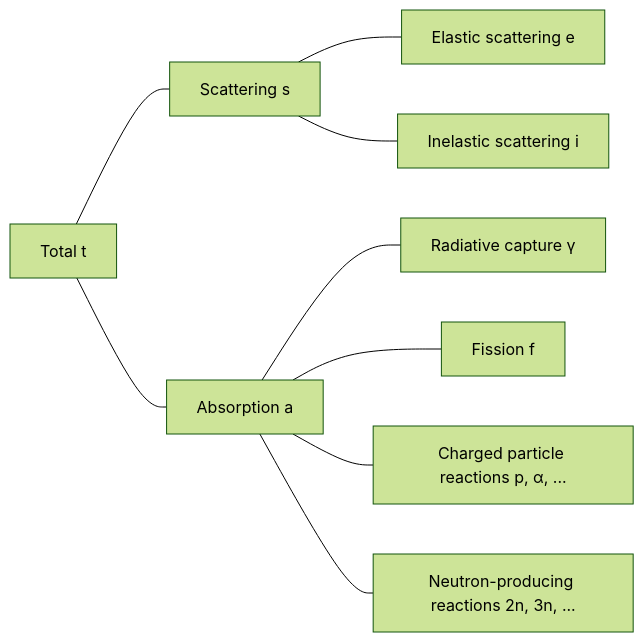
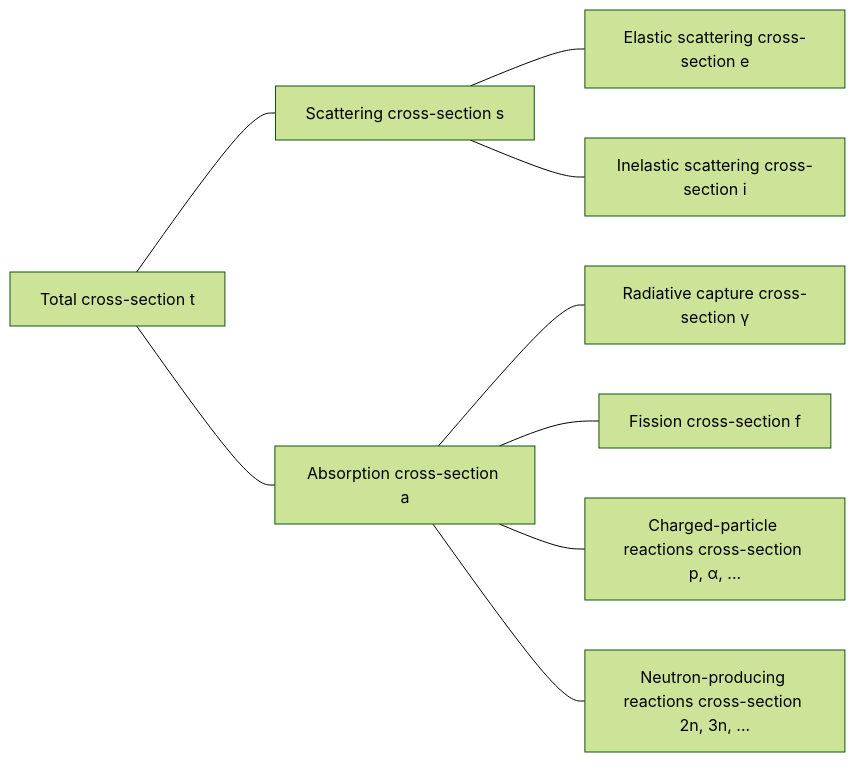
One commit to yunseo-kim/yunseo-kim.github.io changed the diagram in _posts/en/2022-03-19-Neutron-Interactions-and-Cross-sections.md. Above: the diagram before and after it, drawn with Mermaid (forest theme). The commit also changed other lines of this file and 8 other files, not shown here.

````diff
--- a/_posts/en/2022-03-19-Neutron-Interactions-and-Cross-sections.md
+++ b/_posts/en/2022-03-19-Neutron-Interactions-and-Cross-sections.md
@@ -77,13 +44,13 @@
 ```mermaid
 flowchart LR
-	total["Total t"] --- s["Scattering s"]
-	total --- a["Absorption a"]
+	total["Total cross-section t"] --- s["Scattering cross-section s"]
+	total --- a["Absorption cross-section a"]
 
-	s --- e["Elastic scattering e"]
-	s --- i["Inelastic scattering i"]
+	s --- e["Elastic scattering cross-section e"]
+	s --- i["Inelastic scattering cross-section i"]
 
-	a --- gamma["Radiative capture γ"]
-	a --- f["Fission f"]
-	a --- p["Charged particle reactions p, α, ..."]
-	a --- n["Neutron-producing reactions 2n, 3n, ..."]
+	a --- gamma["Radiative capture cross-section γ"]
+	a --- f["Fission cross-section f"]
+	a --- p["Charged-particle reactions cross-section p, α, ..."]
+	a --- n["Neutron-producing reactions cross-section 2n, 3n, ..."]
 ```
````
